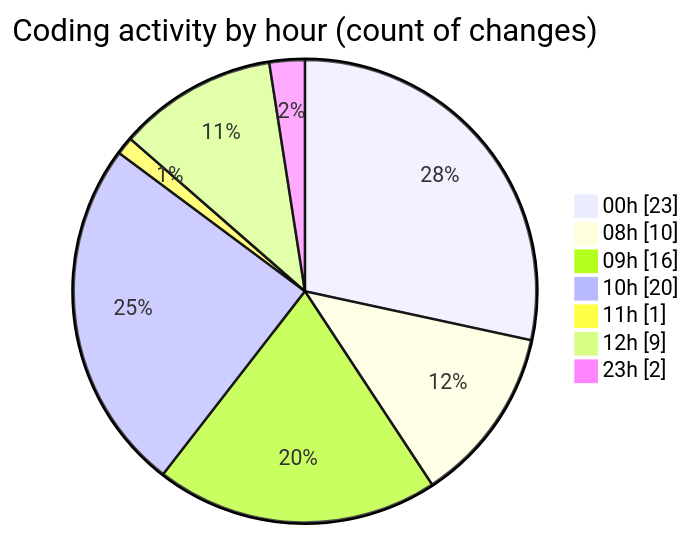
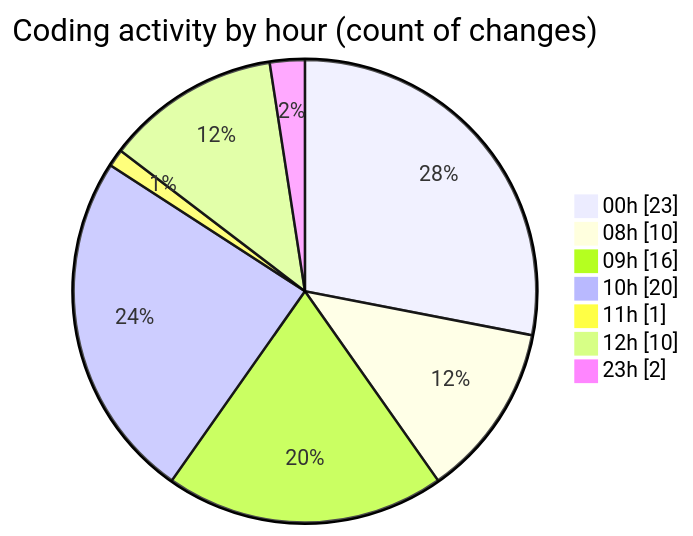
The second of 2 diagrams in 2025-05-29/advertise/README.md (Elitesun/code-tracking), drawn with Mermaid before and after one commit. The commit also changed other lines of this file and 1 other file, not shown here.

````diff
--- a/2025-05-29/advertise/README.md
+++ b/2025-05-29/advertise/README.md
@@ -37,11 +37,11 @@
 ```mermaid
 pie showData
 title Coding activity by hour (count of changes)
 "00h" : 23
 "08h" : 10
 "09h" : 16
 "10h" : 20
 "11h" : 1
-"12h" : 9
+"12h" : 10
 "23h" : 2
 ```
````
